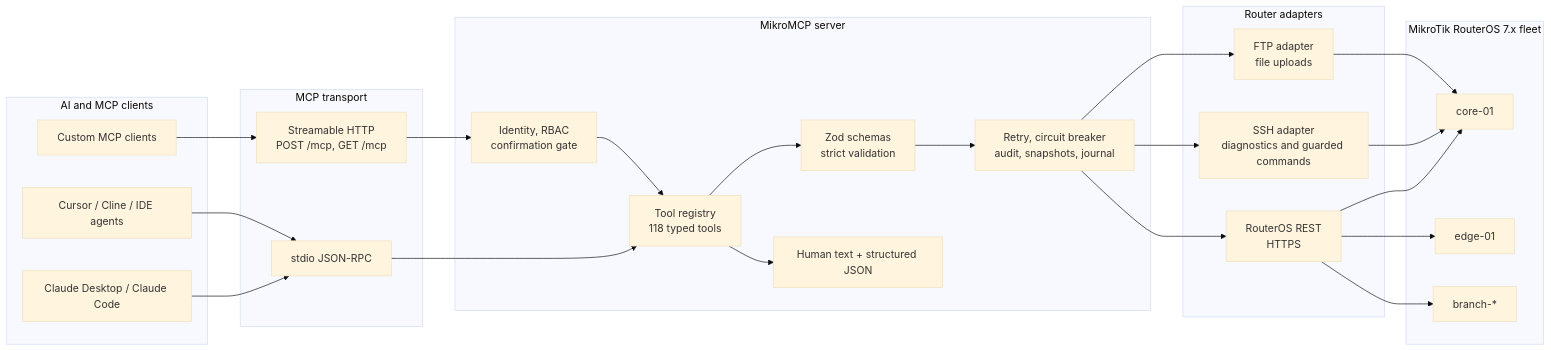
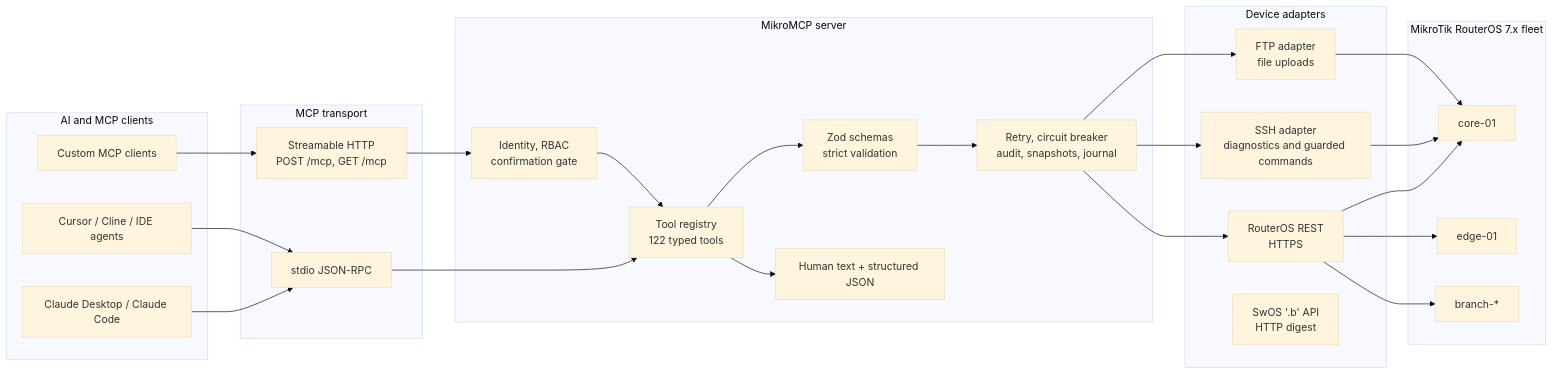
The first of 3 diagrams in docs/wiki/Architecture.md (AliKarami/MikroMCP), drawn with Mermaid (base theme) before and after one commit. The commit also changed other lines of this file and 52 other files, not shown here.

````diff
--- a/docs/wiki/Architecture.md
+++ b/docs/wiki/Architecture.md
@@ -5,51 +5,52 @@
 ```mermaid
 flowchart LR
     subgraph Clients["AI and MCP clients"]
         Claude["Claude Desktop / Claude Code"]
         Cursor["Cursor / Cline / IDE agents"]
         Service["Custom MCP clients"]
     end
 
     subgraph Transport["MCP transport"]
         Stdio["stdio JSON-RPC"]
         Http["Streamable HTTP\nPOST /mcp, GET /mcp"]
     end
 
     subgraph Core["MikroMCP server"]
-        Registry["Tool registry\n118 typed tools"]
+        Registry["Tool registry\n122 typed tools"]
         Schemas["Zod schemas\nstrict validation"]
         Auth["Identity, RBAC\nconfirmation gate"]
         Safety["Retry, circuit breaker\naudit, snapshots, journal"]
         Format["Human text + structured JSON"]
     end
 
-    subgraph Adapters["Router adapters"]
+    subgraph Adapters["Device adapters"]
         Rest["RouterOS REST\nHTTPS"]
         Ssh["SSH adapter\ndiagnostics and guarded commands"]
         Ftp["FTP adapter\nfile uploads"]
+        Swos["SwOS '.b' API\nHTTP digest"]
     end
 
     subgraph Routers["MikroTik RouterOS 7.x fleet"]
         CoreRouter["core-01"]
         EdgeRouter["edge-01"]
         BranchRouter["branch-*"]
     end
 
     Claude --> Stdio
     Cursor --> Stdio
     Service --> Http
     Stdio --> Registry
     Http --> Auth
     Auth --> Registry
     Registry --> Schemas
     Schemas --> Safety
     Safety --> Rest
     Safety --> Ssh
     Safety --> Ftp
     Rest --> CoreRouter
     Rest --> EdgeRouter
     Rest --> BranchRouter
     Ssh --> CoreRouter
     Ftp --> CoreRouter
     Registry --> Format
 ```
````
